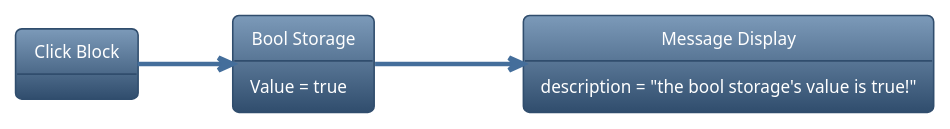
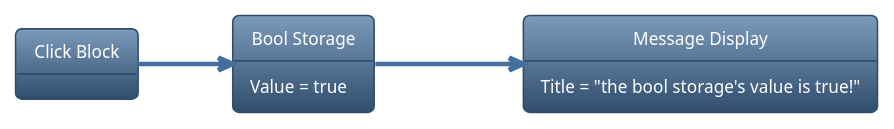
The third of 12 diagrams in Logic.md (chokes-Web-Repositories/Wubby-WikiJS), drawn with PlantUML before and after one commit. The commit also changed other lines of this file, not shown here.

````diff
--- a/Logic.md
+++ b/Logic.md
@@ -186,15 +186,15 @@
 ```plantuml
 @startuml
 !theme spacelab
 left to right direction
 object "Click Block" as CB
 object "Bool Storage" as BSt
 object "Message Display" as MD
 
 BSt : Value = true
-MD : description = "the bool storage's value is true!"
+MD : Title = "the bool storage's value is true!"
 
 CB --> BSt 
 BSt --> MD : true
 @enduml
 ```
````
